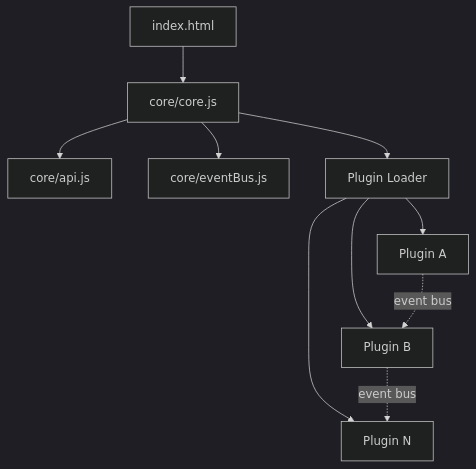
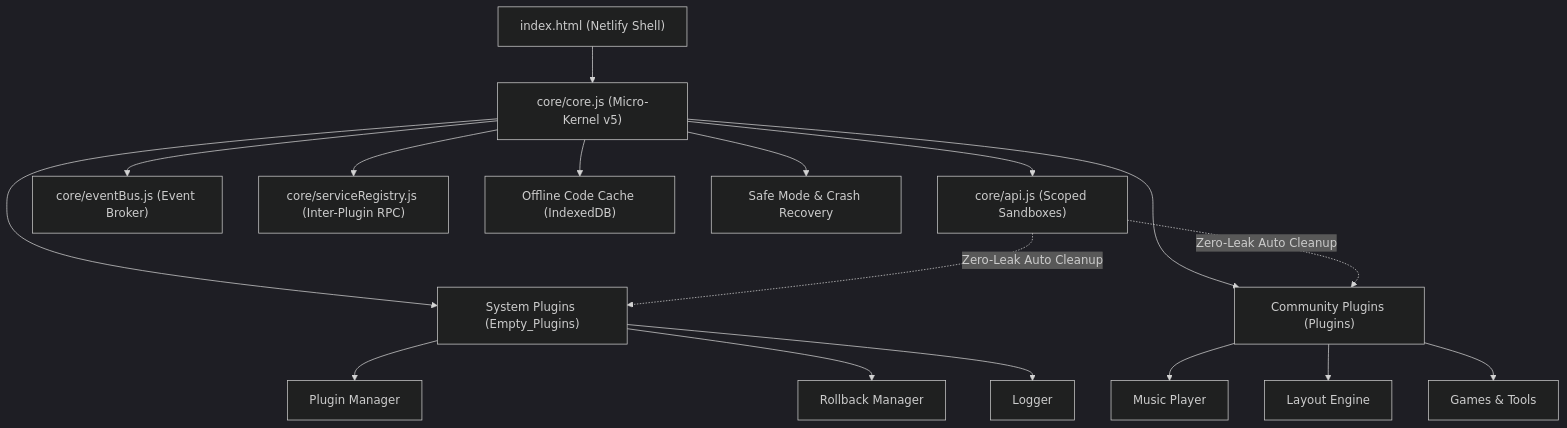
The first of 2 diagrams in concepts/architecture.mdx (dheeraz101/documentation), drawn with Mermaid (dark theme) before and after one commit. The commit also changed other lines of this file and 14 other files, not shown here.

````diff
--- a/concepts/architecture.mdx
+++ b/concepts/architecture.mdx
@@ -10,12 +10,22 @@
 ```mermaid
 graph TD
-    A[index.html] --> B[core/core.js]
-    B --> C[core/api.js]
-    B --> D[core/eventBus.js]
-    B --> E[Plugin Loader]
-    E --> F[Plugin A]
-    E --> G[Plugin B]
-    E --> H[Plugin N]
-    F -.->|event bus| G
-    G -.->|event bus| H
+    A["index.html (Netlify Shell)"] --> B["core/core.js (Micro-Kernel v5)"]
+    B --> C["core/api.js (Scoped Sandboxes)"]
+    B --> D["core/eventBus.js (Event Broker)"]
+    B --> E["core/serviceRegistry.js (Inter-Plugin RPC)"]
+    B --> F["Offline Code Cache (IndexedDB)"]
+    B --> G["Safe Mode & Crash Recovery"]
+    
+    B --> H["System Plugins (Empty_Plugins)"]
+    H --> H1["Plugin Manager"]
+    H --> H2["Rollback Manager"]
+    H --> H3["Logger"]
+    
+    B --> I["Community Plugins (Plugins)"]
+    I --> I1["Music Player"]
+    I --> I2["Layout Engine"]
+    I --> I3["Games & Tools"]
+    
+    C -.->|Zero-Leak Auto Cleanup| H
+    C -.->|Zero-Leak Auto Cleanup| I
 ```
````
